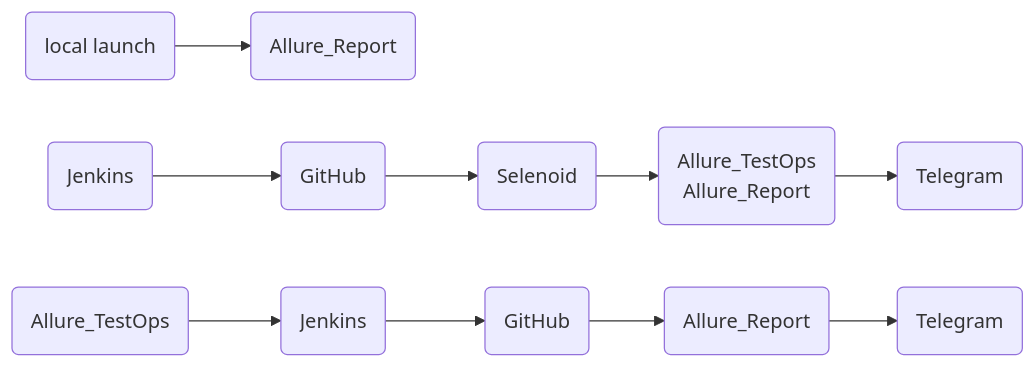
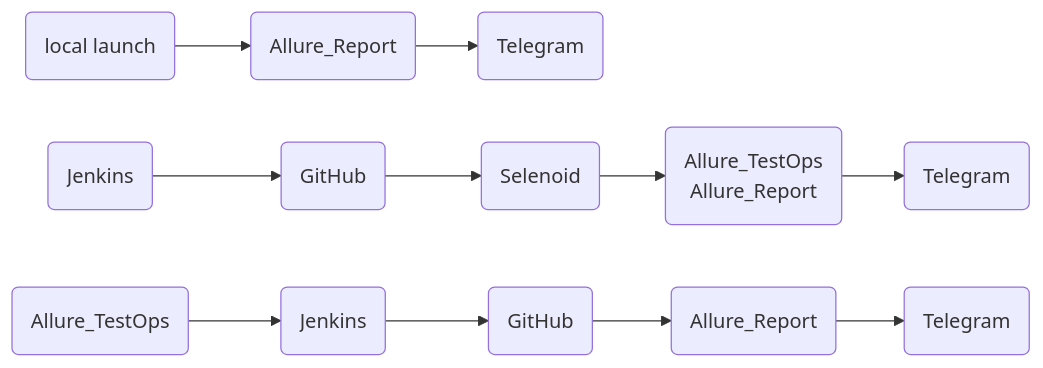
Before and after one commit to maxkonushkin/FirstProject: the diagram in README.md, drawn with Mermaid.

Commit message:
add mermaid

````diff
--- a/README.md
+++ b/README.md
@@ -60,8 +60,8 @@
 ``` mermaid
 flowchart LR;
-A(local launch)-->B(Allure_Report);
+A(local launch)-->B(Allure_Report)-->P(Telegram);
     C(Jenkins)-->D(GitHub)-->U(Selenoid);
     U(Selenoid)-->I(Allure_TestOps
     Allure_Report)-->O(Telegram);
     Q(Allure_TestOps)-->W(Jenkins)-->R(GitHub)-->T(Allure_Report)-->Y(Telegram); 
 ```
````
